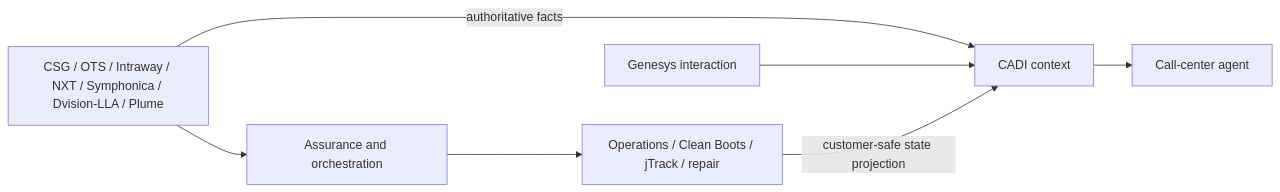
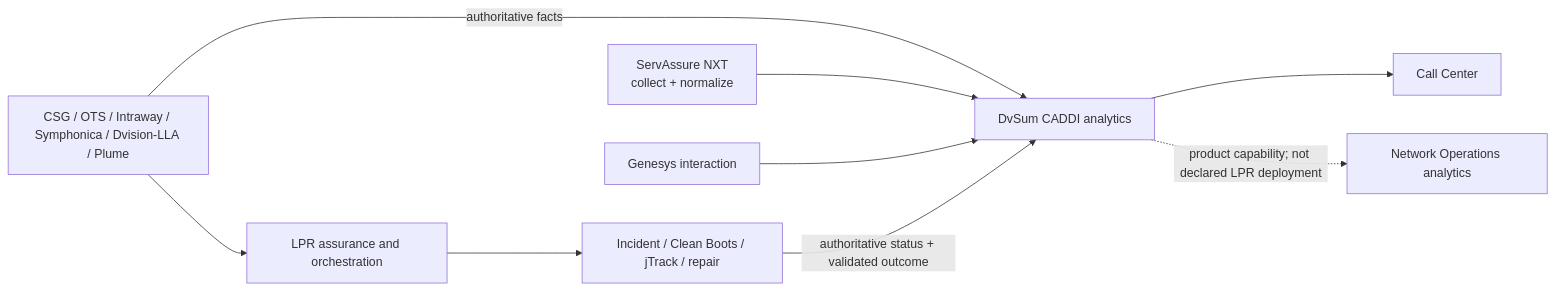
One commit to cbartosch/CPE-ServAs-light changed the second of 2 diagrams in docs/ARCHITECTURE.md. Above: the diagram before and after it, drawn with Mermaid. The commit also changed other lines of this file and 33 other files, not shown here.

First line of the commit message:
fix: correct Stage 1 to DvSum CADDI

````diff
--- a/docs/ARCHITECTURE.md
+++ b/docs/ARCHITECTURE.md
@@ -80,9 +83,12 @@
 ```mermaid
 flowchart LR
-    SRC[CSG / OTS / Intraway / NXT / Symphonica / Dvision-LLA / Plume] -->|authoritative facts| CADI[CADI context]
-    GEN[Genesys interaction] --> CADI
-    CADI --> AGENT[Call-center agent]
-    SRC --> ASSURE[Assurance and orchestration]
-    ASSURE --> OPS[Operations / Clean Boots / jTrack / repair]
-    OPS -->|customer-safe state projection| CADI
+    SRC[CSG / OTS / Intraway / Symphonica / Dvision-LLA / Plume] -->|authoritative facts| CADDI[DvSum CADDI analytics]
+    NXT[ServAssure NXT
+collect + normalize] --> CADDI
+    GEN[Genesys interaction] --> CADDI
+    CADDI --> CC[Call Center]
+    CADDI -. product capability; not declared LPR deployment .-> NOC[Network Operations analytics]
+    SRC --> ASSURE[LPR assurance and orchestration]
+    ASSURE --> OPS[Incident / Clean Boots / jTrack / repair]
+    OPS -->|authoritative status + validated outcome| CADDI
 ```
````
